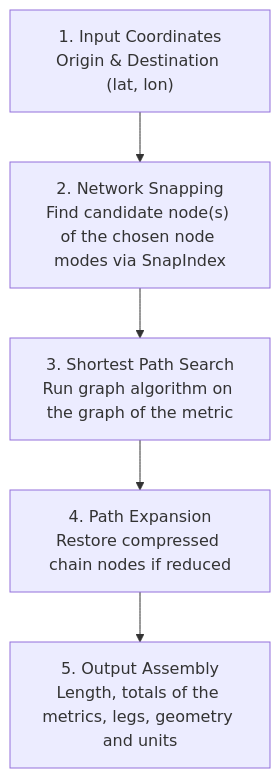
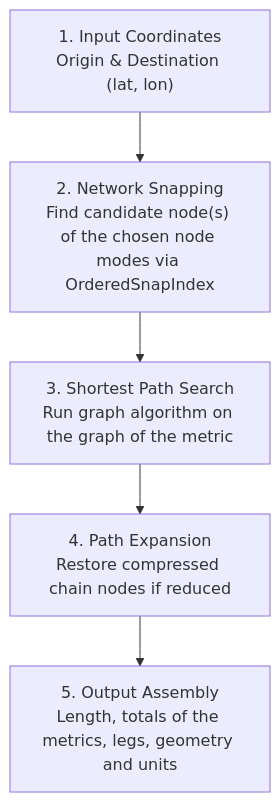
One commit to connor-makowski/scgraph changed the second of 4 diagrams in ARCHITECTURE.md. Above: the diagram before and after it, drawn with Mermaid. The commit also changed other lines of this file and 13 other files, not shown here.

First line of the commit message:
Rename SnapIndex to OrderedSnapIndex

````diff
--- a/ARCHITECTURE.md
+++ b/ARCHITECTURE.md
@@ -241,7 +241,7 @@
 ```mermaid
 flowchart TD
-    A["1. Input Coordinates<br/>Origin & Destination (lat, lon)"] --> B["2. Network Snapping<br/>Find candidate node(s) of the chosen node modes via SnapIndex"]
+    A["1. Input Coordinates<br/>Origin & Destination (lat, lon)"] --> B["2. Network Snapping<br/>Find candidate node(s) of the chosen node modes via OrderedSnapIndex"]
     B --> C["3. Shortest Path Search<br/>Run graph algorithm on the graph of the metric"]
     C --> D["4. Path Expansion<br/>Restore compressed chain nodes if reduced"]
     D --> E["5. Output Assembly<br/>Length, totals of the metrics, legs, geometry and units"]
 ```
````
